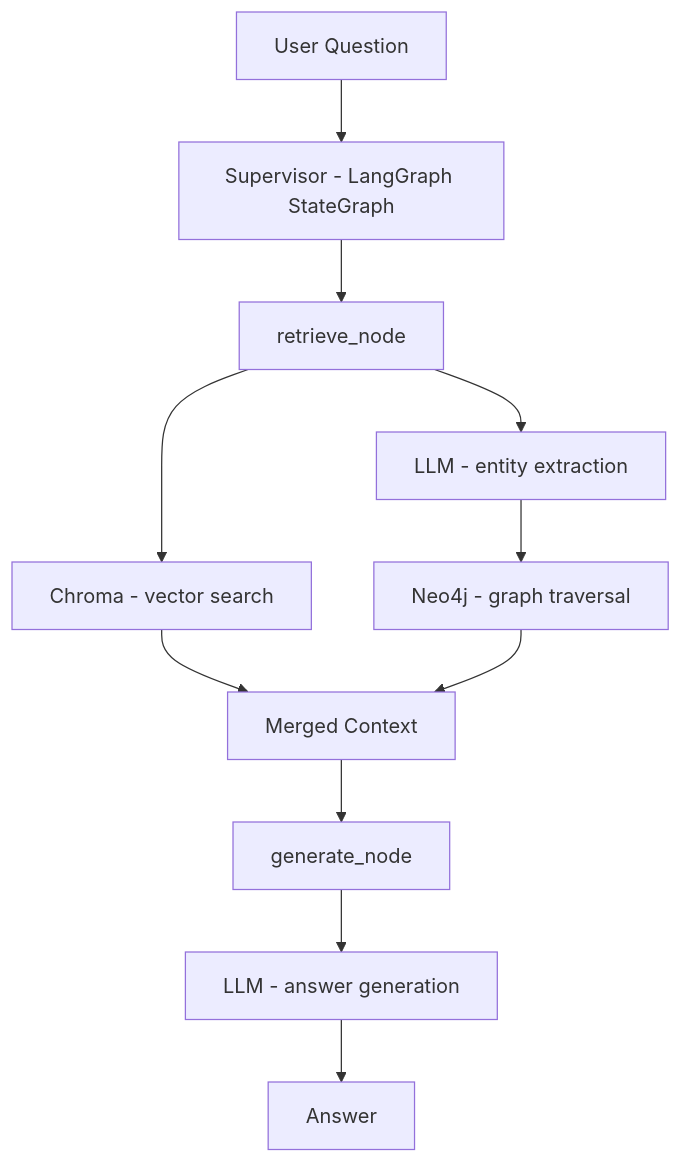
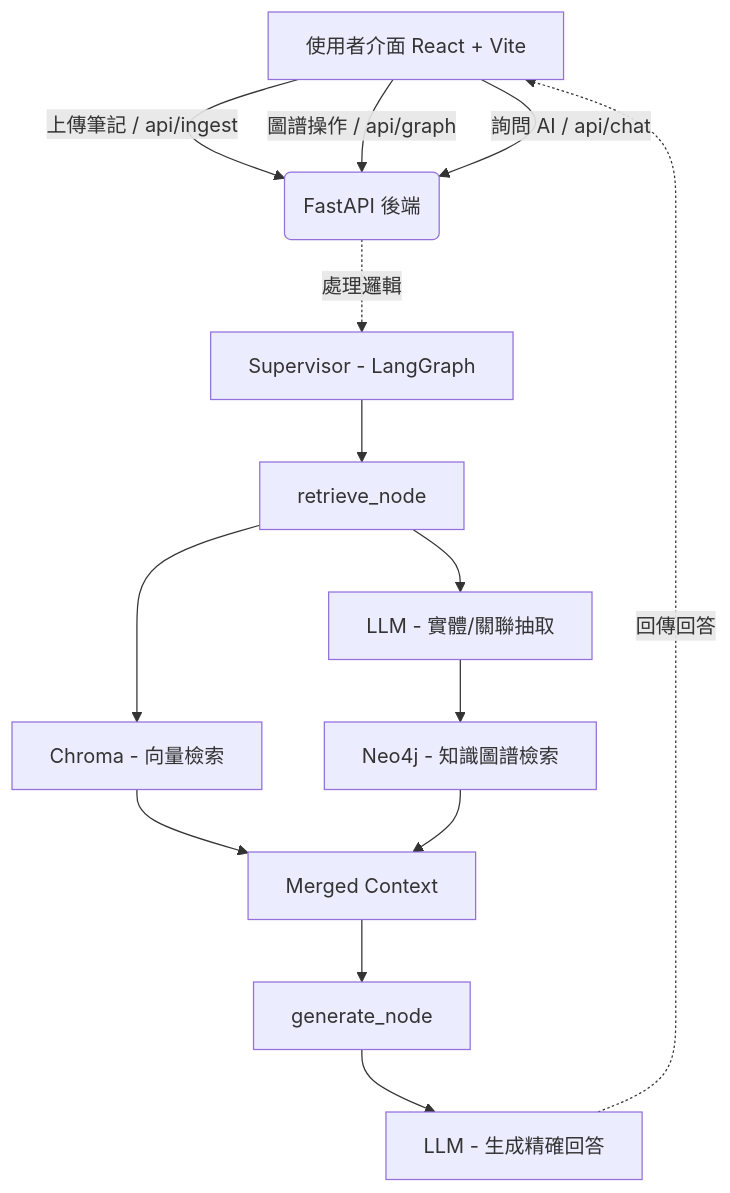
Before and after one commit to yenchangchen131/agentic-knowledge-web: the diagram in README.md, drawn with Mermaid. The commit also changed other lines of this file, not shown here.

````diff
--- a/README.md
+++ b/README.md
@@ -16,13 +16,17 @@
 ```mermaid
 graph TD
-    A[User Question] --> B[Supervisor - LangGraph StateGraph]
-    B --> C[retrieve_node]
-    C --> D[Chroma - vector search]
-    C --> E[LLM - entity extraction]
-    E --> F[Neo4j - graph traversal]
-    D --> G[Merged Context]
-    F --> G
-    G --> H[generate_node]
-    H --> I[LLM - answer generation]
-    I --> J[Answer]
+    A[使用者介面 React + Vite] -->|上傳筆記 / api/ingest| B(FastAPI 後端)
+    A -->|圖譜操作 / api/graph| B
+    A -->|詢問 AI / api/chat| B
+    
+    B -.->|處理邏輯| C[Supervisor - LangGraph]
+    C --> D[retrieve_node]
+    D --> E[Chroma - 向量檢索]
+    D --> F[LLM - 實體/關聯抽取]
+    F --> G[Neo4j - 知識圖譜檢索]
+    E --> H[Merged Context]
+    G --> H
+    H --> I[generate_node]
+    I --> J[LLM - 生成精確回答]
+    J -.->|回傳回答| A
 ```
````
